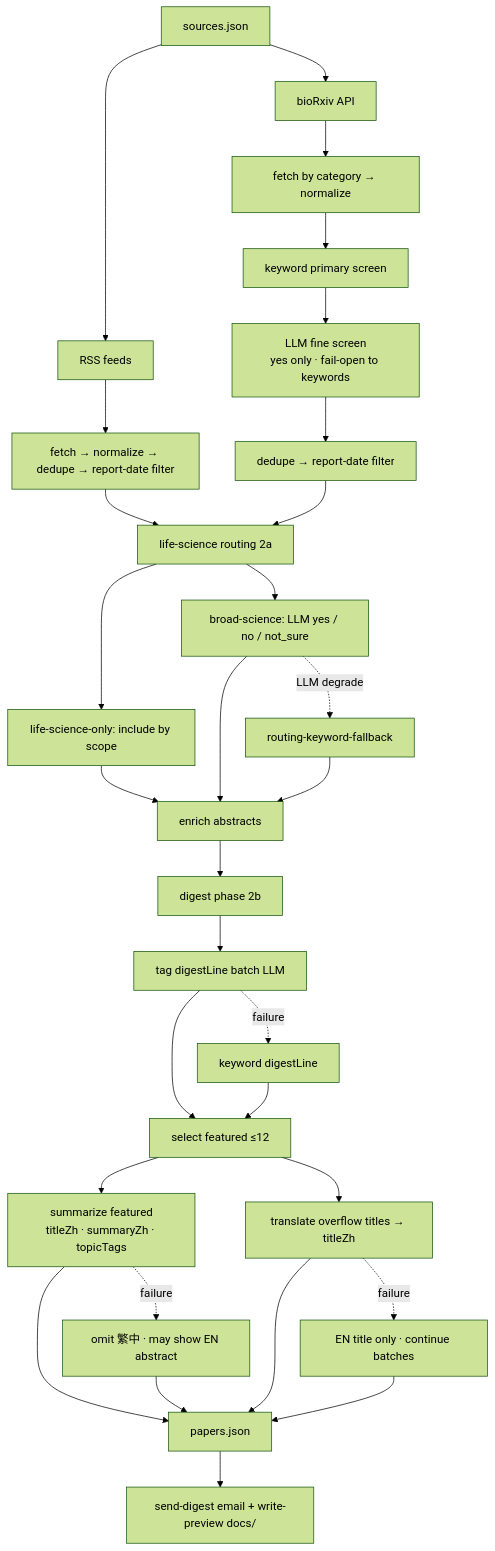
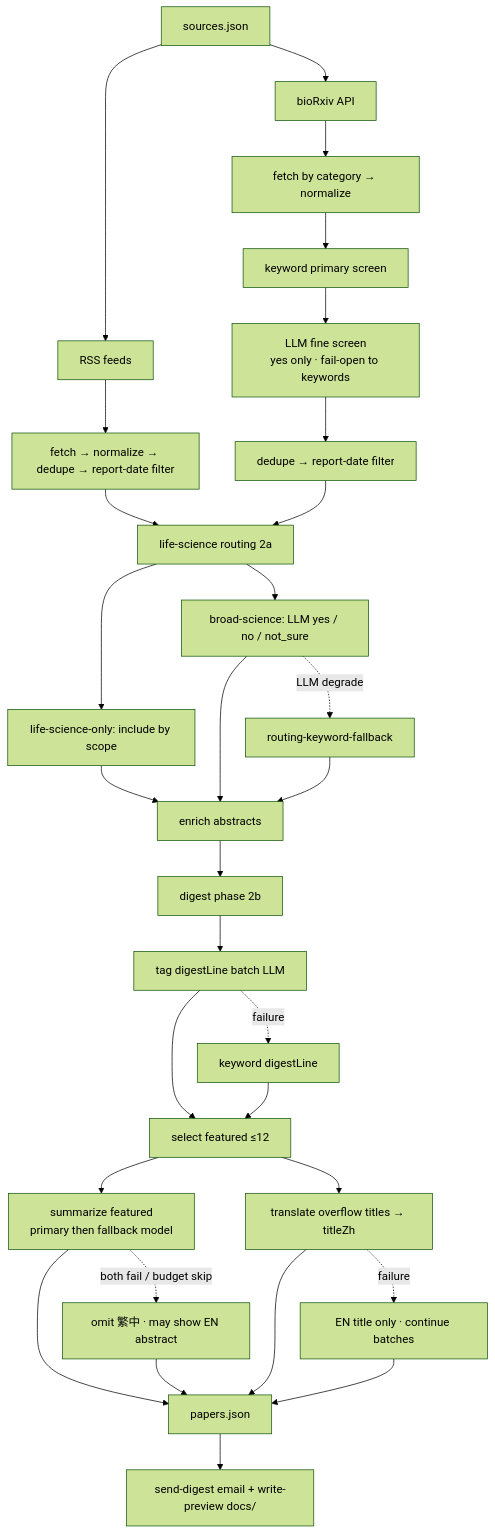
The diagram in README.md (VanessaLin9/sci-search), drawn with Mermaid (forest theme) before and after one commit. The commit also changed other lines of this file and 19 other files, not shown here.

First line of the commit message:
feat: add MiniMax fallback for featured summarize on primary failure.

````diff
--- a/README.md
+++ b/README.md
@@ -17,41 +17,41 @@
 ```mermaid
 flowchart TD
   S["sources.json"] --> RSS["RSS feeds"]
   S --> BX["bioRxiv API"]
 
   RSS --> R1["fetch → normalize → dedupe → report-date filter"]
   BX --> B1["fetch by category → normalize"]
   B1 --> B2["keyword primary screen"]
   B2 --> B3["LLM fine screen<br/>yes only · fail-open to keywords"]
   B3 --> B4["dedupe → report-date filter"]
 
   R1 --> RT["life-science routing 2a"]
   B4 --> RT
 
   RT --> LS["life-science-only: include by scope"]
   RT --> BS["broad-science: LLM yes / no / not_sure"]
   BS -.->|LLM degrade| KF["routing-keyword-fallback"]
 
   LS --> EN["enrich abstracts"]
   BS --> EN
   KF --> EN
 
   EN --> DG["digest phase 2b"]
 
   DG --> TAG["tag digestLine batch LLM"]
   TAG -.->|failure| TAGF["keyword digestLine"]
   TAG --> SEL["select featured ≤12"]
   TAGF --> SEL
 
-  SEL --> SUM["summarize featured<br/>titleZh · summaryZh · topicTags"]
-  SUM -.->|failure| SUMF["omit 繁中 · may show EN abstract"]
+  SEL --> SUM["summarize featured<br/>primary then fallback model"]
+  SUM -.->|both fail / budget skip| SUMF["omit 繁中 · may show EN abstract"]
 
   SEL --> TR["translate overflow titles → titleZh"]
   TR -.->|failure| TRF["EN title only · continue batches"]
 
   SUM --> OUT["papers.json"]
   SUMF --> OUT
   TR --> OUT
   TRF --> OUT
   OUT --> PUB["send-digest email + write-preview docs/"]
 ```
````
